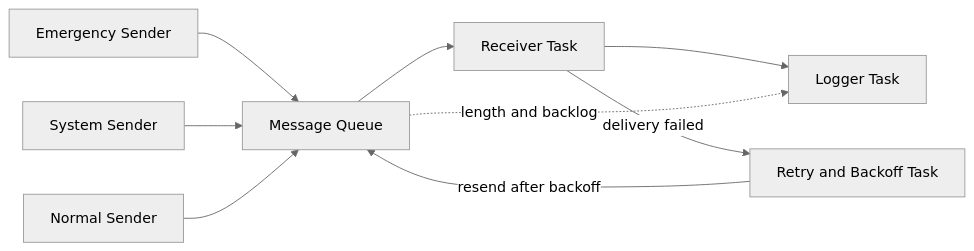
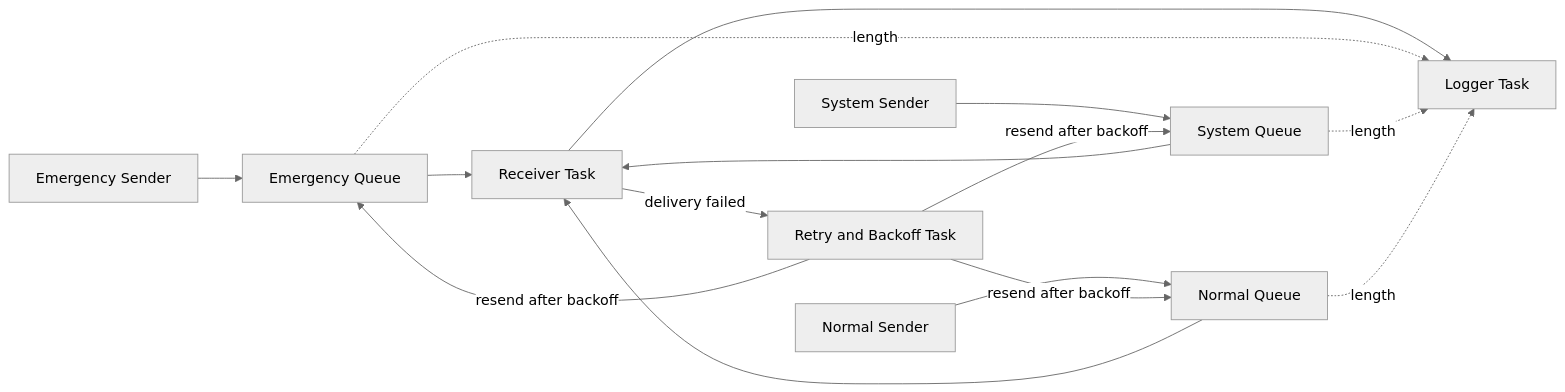
Before and after one commit to naomesk/signalguardians: the diagram in README.md, drawn with Mermaid (neutral theme). The commit also changed other lines of this file, not shown here.

````diff
--- a/README.md
+++ b/README.md
@@ -31,11 +33,17 @@
 ```mermaid
 flowchart LR
-  E[Emergency Sender] --> Q[Message Queue]
-  S[System Sender] --> Q
-  N[Normal Sender] --> Q
-  Q --> R[Receiver Task]
+  E[Emergency Sender] --> QE[Emergency Queue]
+  S[System Sender] --> QS[System Queue]
+  N[Normal Sender] --> QN[Normal Queue]
+  QE --> R[Receiver Task]
+  QS --> R
+  QN --> R
   R --> L[Logger Task]
   R -- delivery failed --> T[Retry and Backoff Task]
-  T -- resend after backoff --> Q
-  Q -. length and backlog .-> L
+  T -- resend after backoff --> QE
+  T -- resend after backoff --> QS
+  T -- resend after backoff --> QN
+  QE -. length .-> L
+  QS -. length .-> L
+  QN -. length .-> L
 ```
````
